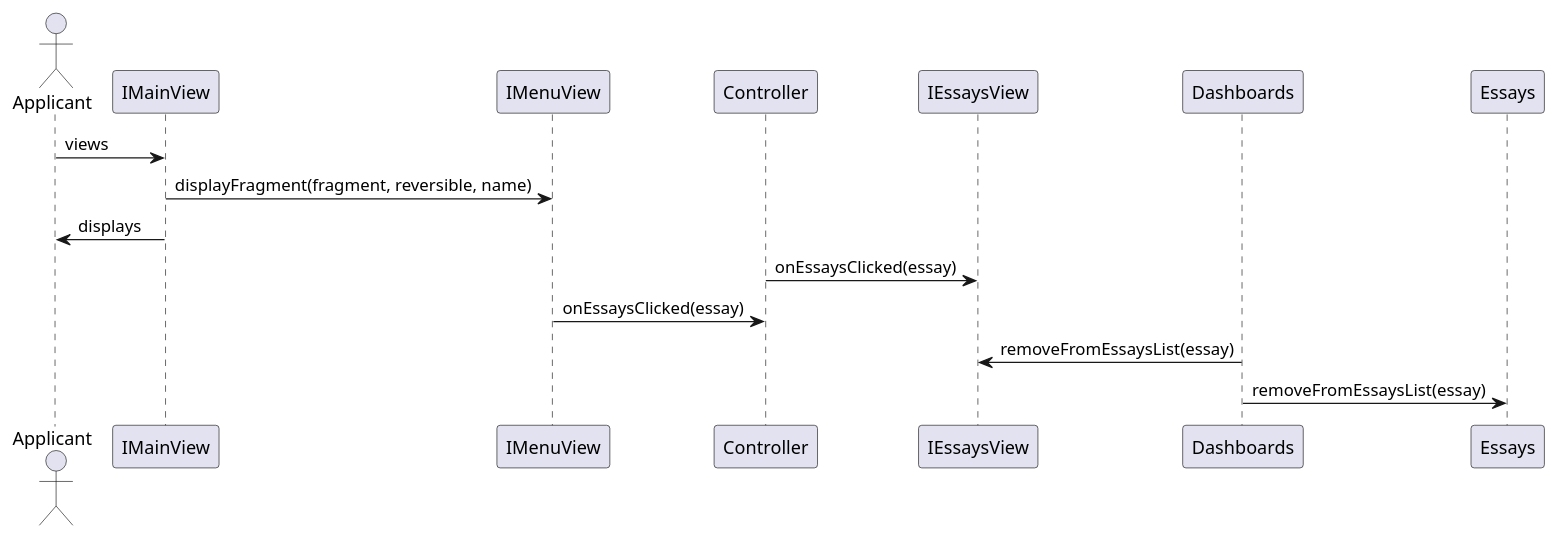
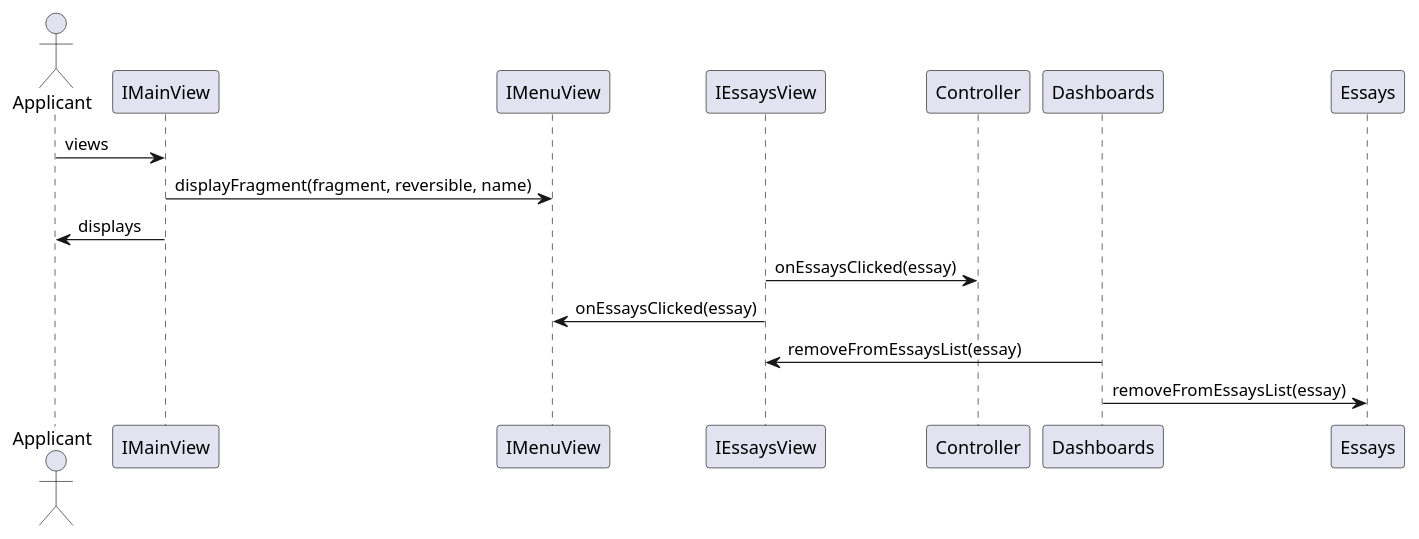
One commit to jlederer33/Essay-Review-App changed the second of 5 diagrams in intellij/doc/design.md. Above: the diagram before and after it, drawn with PlantUML. The commit also changed other lines of this file, not shown here.

Commit message:
added changes to sequence diagrams

````diff
--- a/intellij/doc/design.md
+++ b/intellij/doc/design.md
@@ -19,11 +19,11 @@
 ```plantuml
 actor Applicant as applicant
 applicant-> IMainView : views
 IMainView -> IMenuView : displayFragment(fragment, reversible, name)
 applicant <- IMainView : displays
-Controller -> IEssaysView : onEssaysClicked(essay)
-Controller <- IMenuView : onEssaysClicked(essay)
+IEssaysView -> Controller : onEssaysClicked(essay)
+IEssaysView -> IMenuView : onEssaysClicked(essay)
 IEssaysView <- Dashboards : removeFromEssaysList(essay)
 Dashboards -> Essays : removeFromEssaysList(essay)
 
 ```
````
